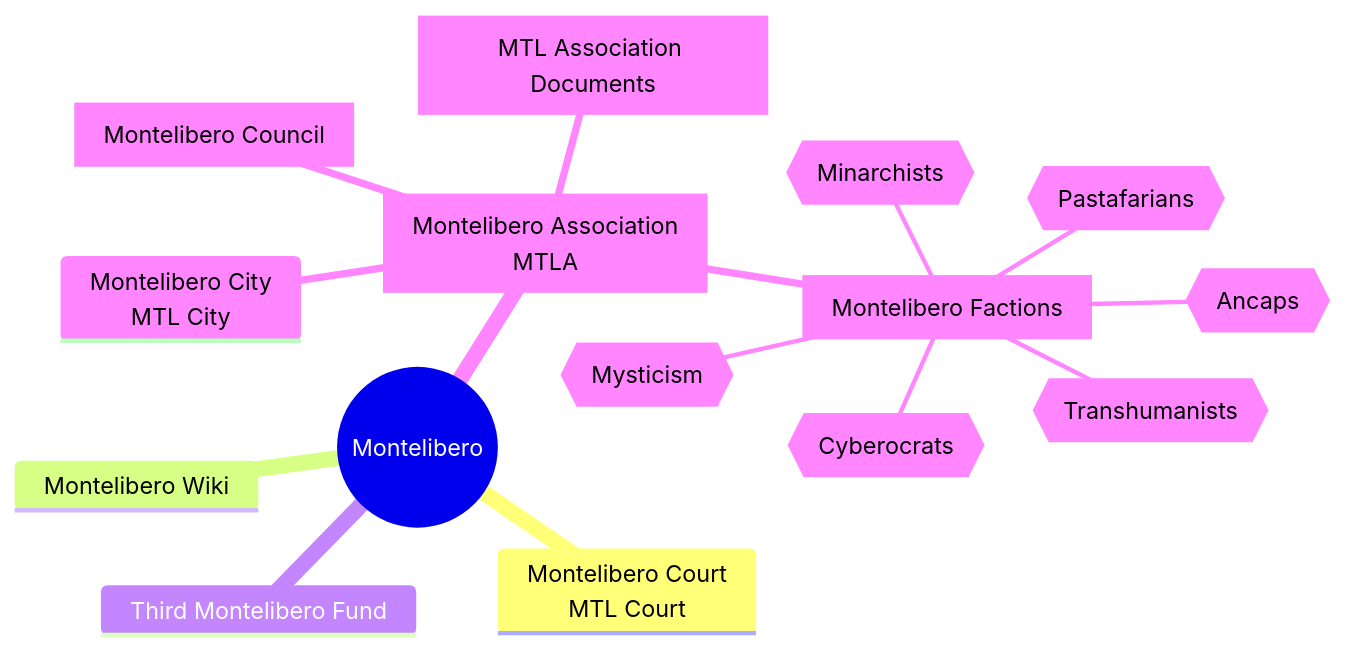
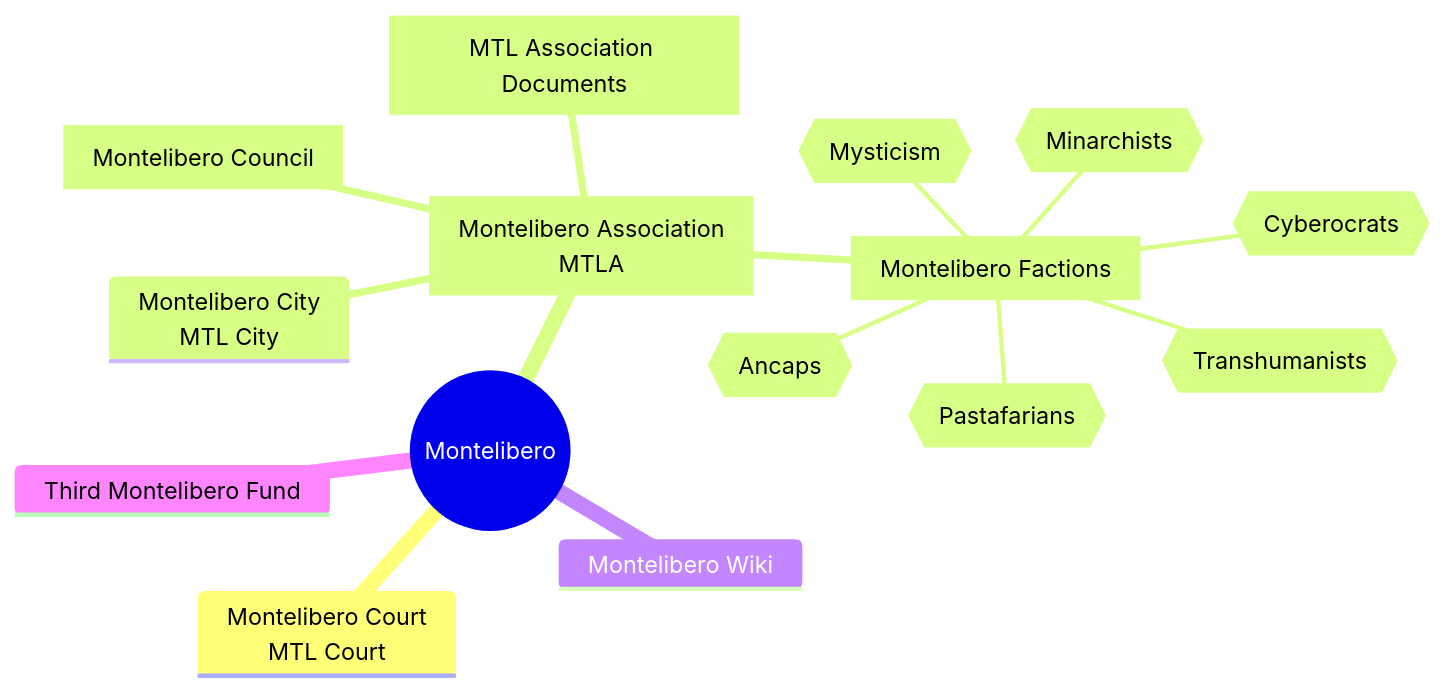
Before and after one commit to sondreb/playground: the diagram in Montelibero.md, drawn with Mermaid. The commit also changed other lines of this file, not shown here.

````diff
--- a/Montelibero.md
+++ b/Montelibero.md
@@ -22,18 +3,18 @@
 ```mermaid
 mindmap
   root((Montelibero))
     Montelibero Court<br>MTL Court
-    Montelibero Wiki
-    Third Montelibero Fund
     id[Montelibero Association<br>MTLA]
       Montelibero City<br>MTL City
       id[Montelibero Council]
       id[MTL Association Documents]
       id[Montelibero Factions]
         id{{Ancaps}}
         id{{Minarchists}}
         id{{Cyberocrats}}
         id{{Pastafarians}}
         id{{Mysticism}}
         id{{Transhumanists}}
+    Montelibero Wiki
+    Third Montelibero Fund
 ```
````
